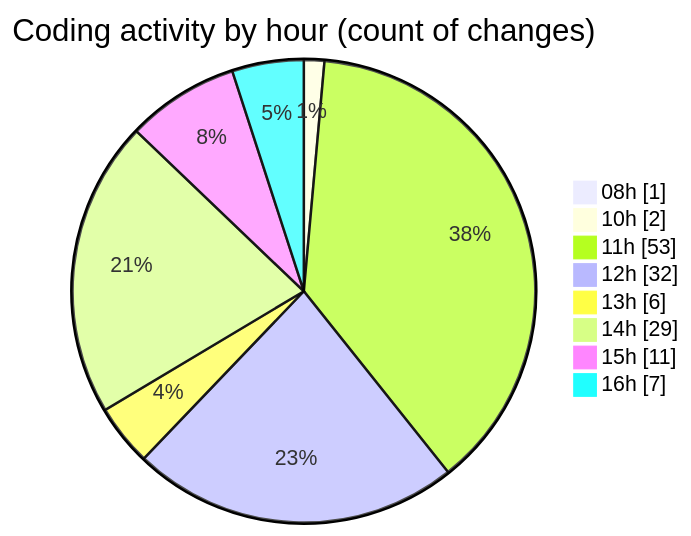
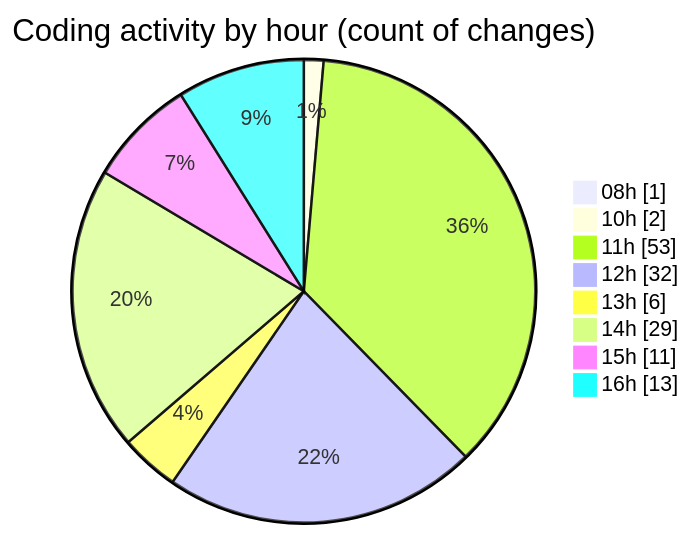
Before and after one commit to momahboobian/code-tracking: the second of 2 diagrams in 2025-07-03/cda/README.md, drawn with Mermaid. The commit also changed other lines of this file and 1 other file, not shown here.

````diff
--- a/2025-07-03/cda/README.md
+++ b/2025-07-03/cda/README.md
@@ -50,12 +50,12 @@
 ```mermaid
 pie showData
 title Coding activity by hour (count of changes)
 "08h" : 1
 "10h" : 2
 "11h" : 53
 "12h" : 32
 "13h" : 6
 "14h" : 29
 "15h" : 11
-"16h" : 7
+"16h" : 13
 ```
````
